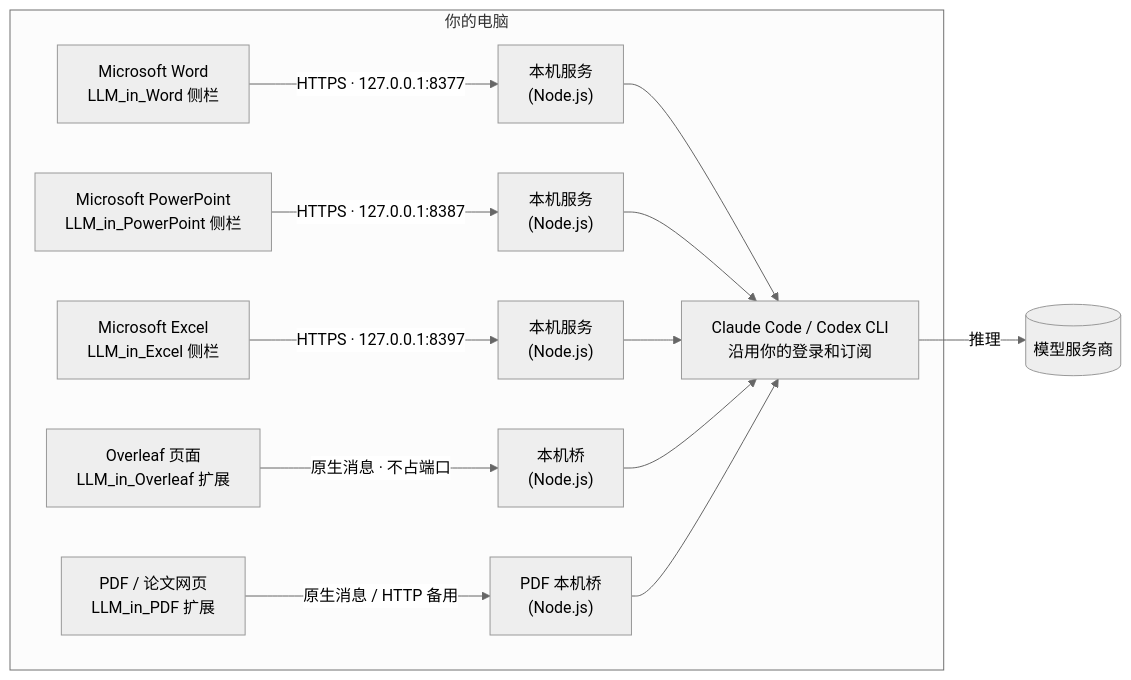
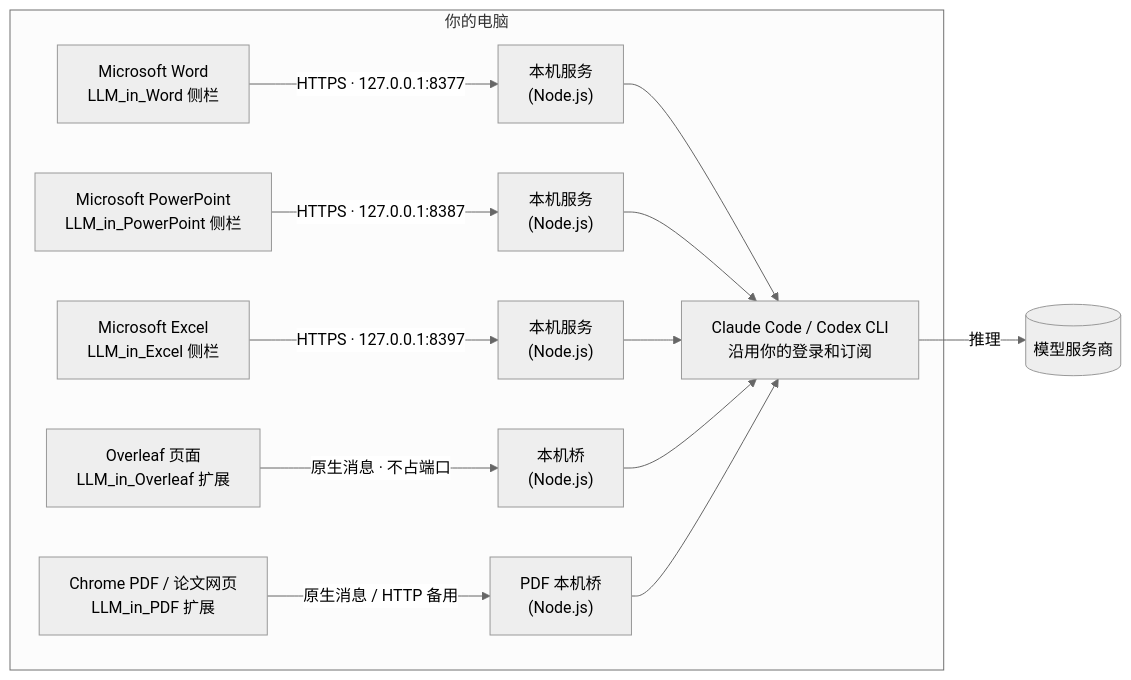
The diagram in README.zh-CN.md (ZJU-OmniAI/LLM_in_Work), drawn with Mermaid (neutral theme) before and after one commit. The commit also changed other lines of this file and 10 other files, not shown here.

````diff
--- a/README.zh-CN.md
+++ b/README.zh-CN.md
@@ -103,16 +111,16 @@
 ```mermaid
 flowchart LR
   subgraph PC["你的电脑"]
     W["Microsoft Word<br/>LLM_in_Word 侧栏"] -- "HTTPS · 127.0.0.1:8377" --> S["本机服务<br/>(Node.js)"]
+    O["Overleaf 页面<br/>LLM_in_Overleaf 扩展"] -- "原生消息 · 不占端口" --> H["本机桥<br/>(Node.js)"]
+    D["Chrome PDF / 论文网页<br/>LLM_in_PDF 扩展"] -- "原生消息 / HTTP 备用" --> HP["PDF 本机桥<br/>(Node.js)"]
     PP["Microsoft PowerPoint<br/>LLM_in_PowerPoint 侧栏"] -- "HTTPS · 127.0.0.1:8387" --> SP["本机服务<br/>(Node.js)"]
     X["Microsoft Excel<br/>LLM_in_Excel 侧栏"] -- "HTTPS · 127.0.0.1:8397" --> SX["本机服务<br/>(Node.js)"]
-    O["Overleaf 页面<br/>LLM_in_Overleaf 扩展"] -- "原生消息 · 不占端口" --> H["本机桥<br/>(Node.js)"]
-    D["PDF / 论文网页<br/>LLM_in_PDF 扩展"] -- "原生消息 / HTTP 备用" --> HP["PDF 本机桥<br/>(Node.js)"]
     S --> C["Claude Code / Codex CLI<br/>沿用你的登录和订阅"]
     SP --> C
     SX --> C
     H --> C
     HP --> C
   end
   C -- "推理" --> P[("模型服务商")]
 ```
````
